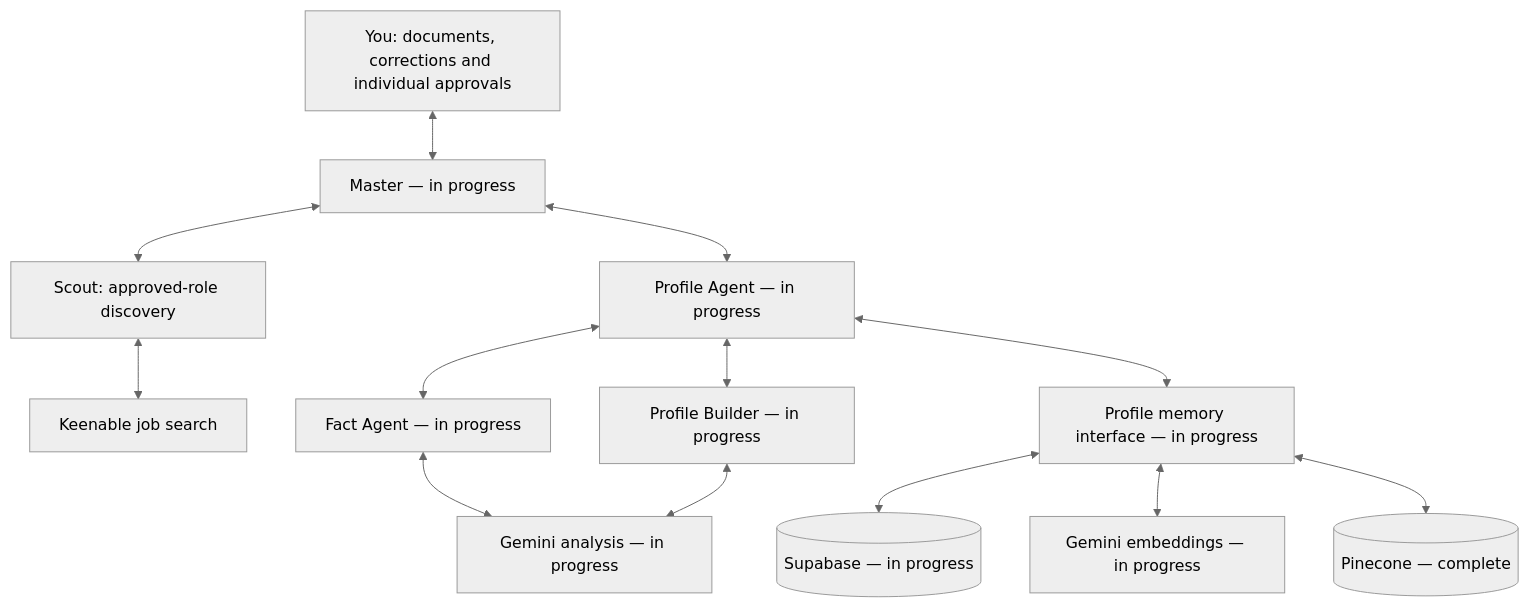
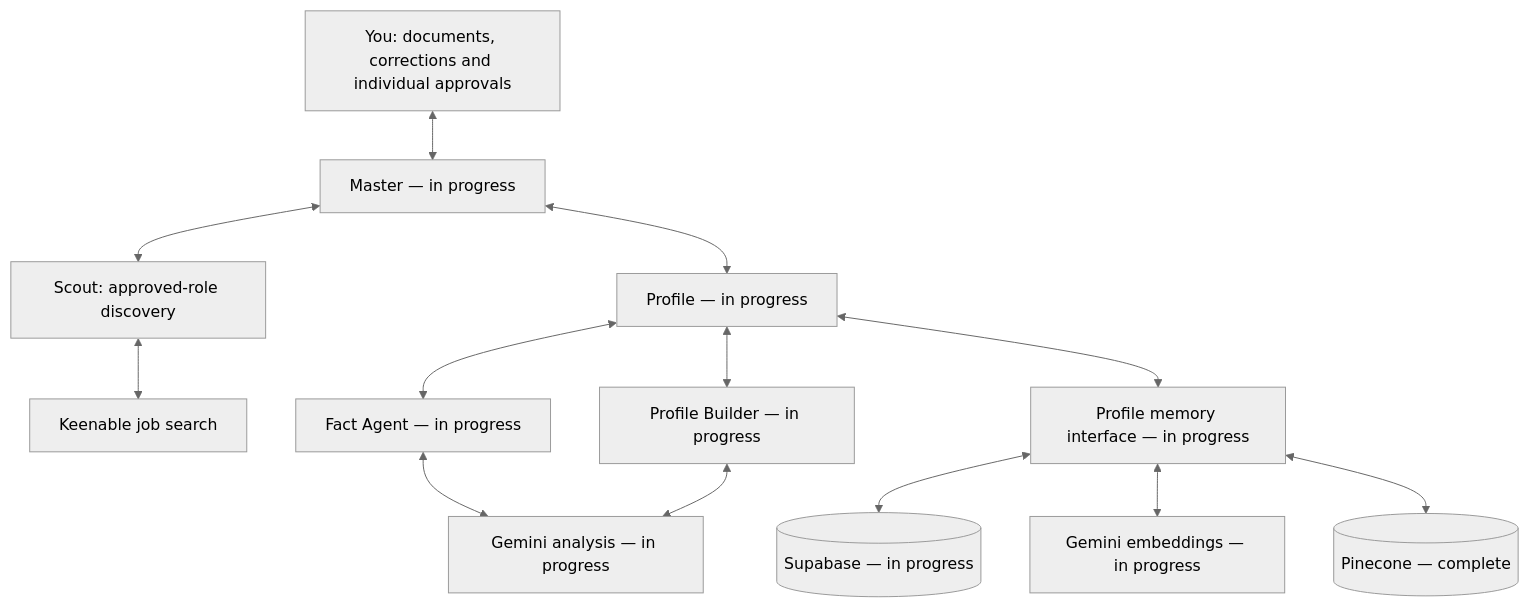
The diagram in docs/profile-architecture.md (ujjwalbhateja/Career_Scout), drawn with Mermaid (neutral theme) before and after one commit. The commit also changed other lines of this file and 134 other files, not shown here.

Commit message:
Preserve Career Scout profile workflow and validated agent updates

````diff
--- a/docs/profile-architecture.md
+++ b/docs/profile-architecture.md
@@ -5,15 +5,15 @@
 ```mermaid
 flowchart TD
     U["You: documents, corrections and individual approvals"] <--> M["Master — in progress"]
-    M <--> P["Profile Agent — in progress"]
+    M <--> P["Profile — in progress"]
     M <--> SC["Scout: approved-role discovery"]
     SC <--> K["Keenable job search"]
     P <--> F["Fact Agent — in progress"]
     P <--> B["Profile Builder — in progress"]
     P <--> R["Profile memory interface — in progress"]
     F <--> A["Gemini analysis — in progress"]
     B <--> A
     R <--> S[("Supabase — in progress")]
     R <--> E["Gemini embeddings — in progress"]
     R <--> V[("Pinecone — complete")]
 ```
````
